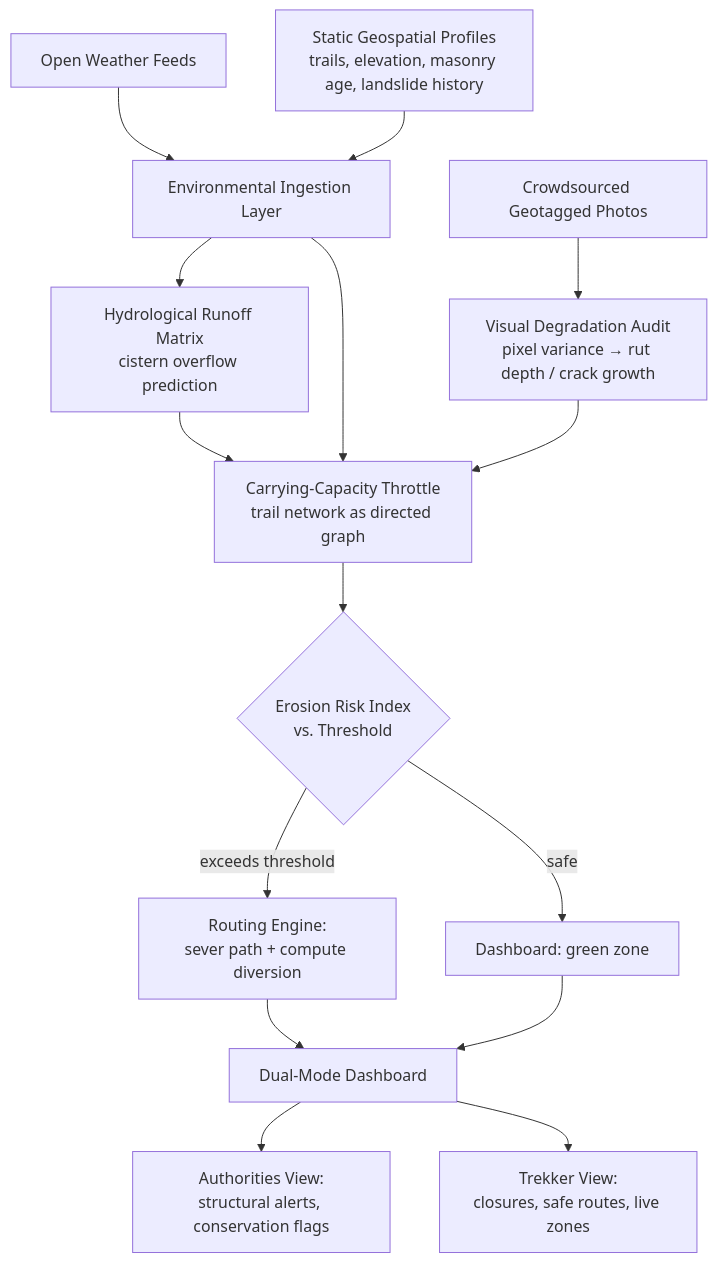
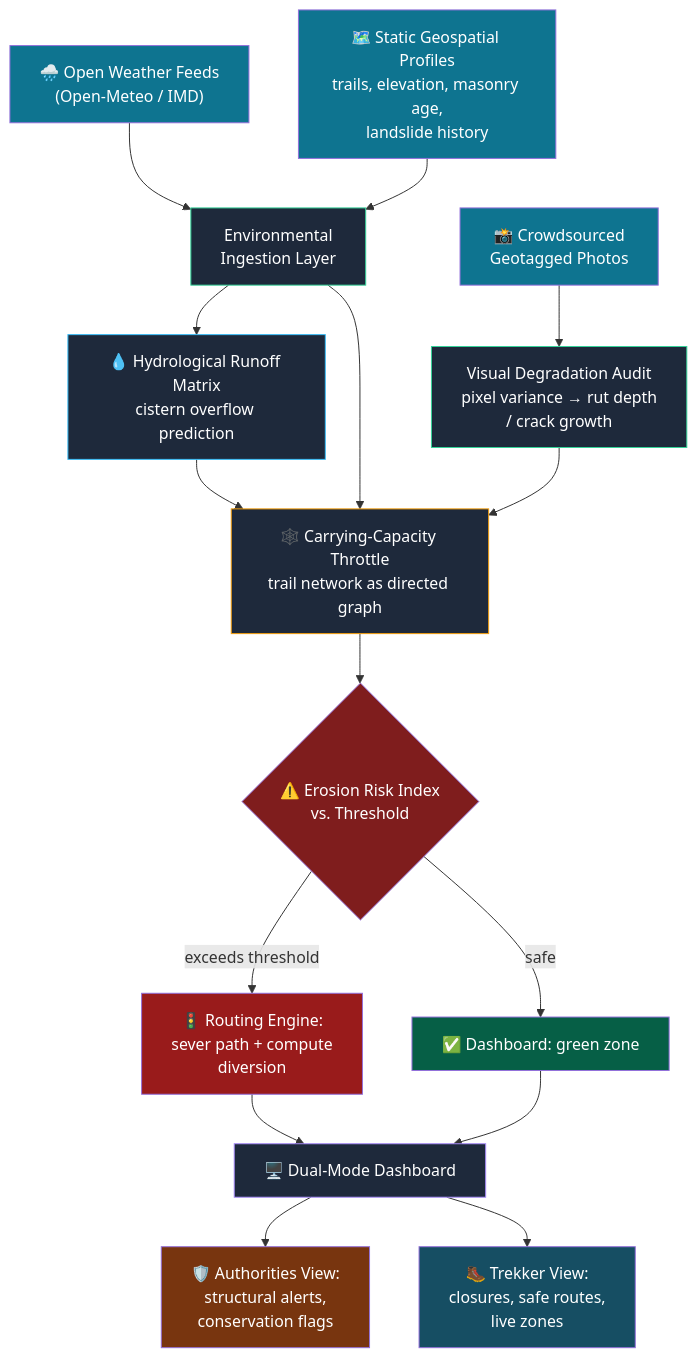
The first of 2 diagrams in README.md (Ashutoshmore24/FortFlux), drawn with Mermaid before and after one commit. The commit also changed other lines of this file, not shown here.

````diff
--- a/README.md
+++ b/README.md
@@ -62,17 +101,36 @@
 ```mermaid
 flowchart TD
-    A[Open Weather Feeds] --> D[Environmental Ingestion Layer]
-    B[Static Geospatial Profiles<br/>trails, elevation, masonry age, landslide history] --> D
-    C[Crowdsourced Geotagged Photos] --> E[Visual Degradation Audit<br/>pixel variance → rut depth / crack growth]
-    D --> F[Hydrological Runoff Matrix<br/>cistern overflow prediction]
-    D --> G[Carrying-Capacity Throttle<br/>trail network as directed graph]
+    A["🌧️ Open Weather Feeds<br/>(Open-Meteo / IMD)"] --> D["Environmental<br/>Ingestion Layer"]
+    B["🗺️ Static Geospatial Profiles<br/>trails, elevation, masonry age,<br/>landslide history"] --> D
+    C["📸 Crowdsourced<br/>Geotagged Photos"] --> E["Visual Degradation Audit<br/>pixel variance → rut depth<br/>/ crack growth"]
+
+    D --> F["💧 Hydrological Runoff Matrix<br/>cistern overflow prediction"]
+    D --> G["🕸️ Carrying-Capacity Throttle<br/>trail network as directed graph"]
     E --> G
     F --> G
-    G --> H{Erosion Risk Index<br/>vs. Threshold}
-    H -- exceeds threshold --> I[Routing Engine:<br/>sever path + compute diversion]
-    H -- safe --> J[Dashboard: green zone]
-    I --> K[Dual-Mode Dashboard]
+
+    G --> H{"⚠️ Erosion Risk Index<br/>vs. Threshold"}
+
+    H -- "exceeds threshold" --> I["🚦 Routing Engine:<br/>sever path + compute<br/>diversion"]
+    H -- "safe" --> J["✅ Dashboard: green zone"]
+
+    I --> K["🖥️ Dual-Mode Dashboard"]
     J --> K
-    K --> L[Authorities View:<br/>structural alerts, conservation flags]
-    K --> M[Trekker View:<br/>closures, safe routes, live zones]
+
+    K --> L["🛡️ Authorities View:<br/>structural alerts,<br/>conservation flags"]
+    K --> M["🥾 Trekker View:<br/>closures, safe routes,<br/>live zones"]
+
+    style A fill:#0e7490,color:#fff
+    style B fill:#0e7490,color:#fff
+    style C fill:#0e7490,color:#fff
+    style D fill:#1e293b,color:#fff,stroke:#34d399
+    style E fill:#1e293b,color:#fff,stroke:#34d399
+    style F fill:#1e293b,color:#fff,stroke:#38bdf8
+    style G fill:#1e293b,color:#fff,stroke:#f59e0b
+    style H fill:#7f1d1d,color:#fff
+    style I fill:#991b1b,color:#fff
+    style J fill:#065f46,color:#fff
+    style K fill:#1e293b,color:#fff,stroke:#a78bfa
+    style L fill:#78350f,color:#fff
+    style M fill:#164e63,color:#fff
 ```
````
